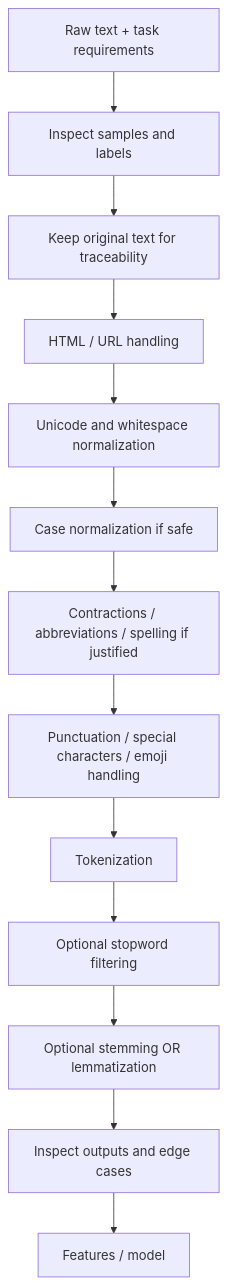
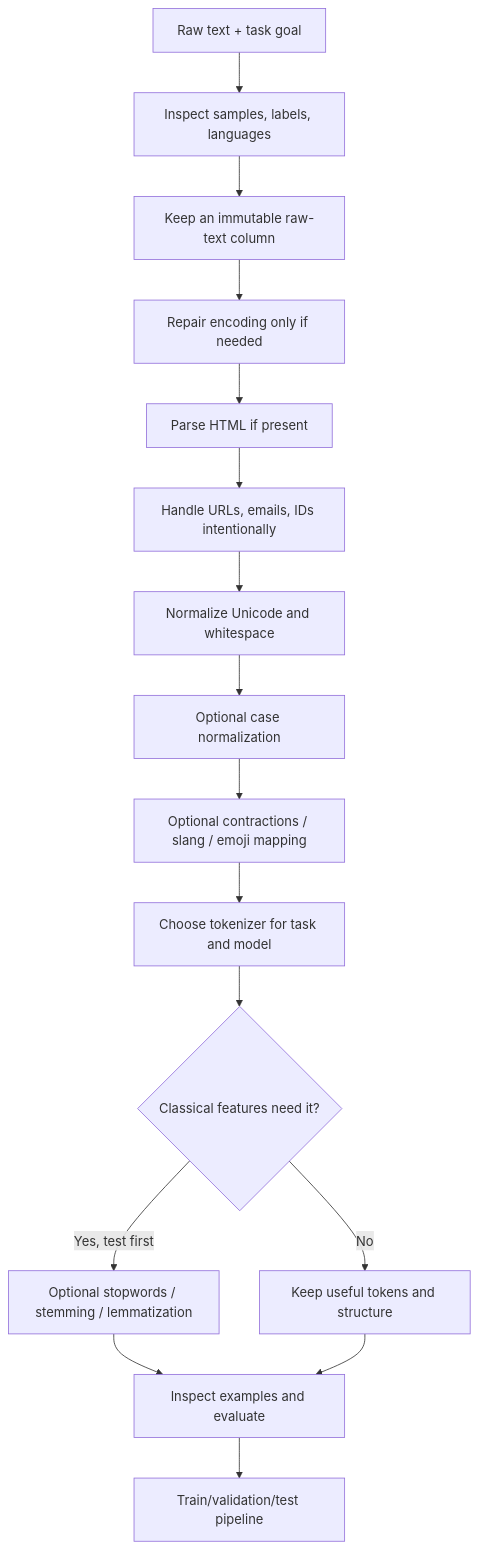
Before and after one commit to ADxSD-143/STUDY-docs: the diagram in NLP/01-text-preprocessing.md, drawn with Mermaid. The commit also changed other lines of this file, not shown here.

Commit message:
Improve text preprocessing module with proper Python NLP libraries and practical examples

````diff
--- a/NLP/01-text-preprocessing.md
+++ b/NLP/01-text-preprocessing.md
@@ -12,15 +68,18 @@
-~~~mermaid
+```mermaid
 flowchart TD
-    A[Raw text + task requirements] --> B[Inspect samples and labels]
-    B --> C[Keep original text for traceability]
-    C --> D[HTML / URL handling]
-    D --> E[Unicode and whitespace normalization]
-    E --> F[Case normalization if safe]
-    F --> G[Contractions / abbreviations / spelling if justified]
-    G --> H[Punctuation / special characters / emoji handling]
-    H --> I[Tokenization]
-    I --> J[Optional stopword filtering]
-    J --> K[Optional stemming OR lemmatization]
-    K --> L[Inspect outputs and edge cases]
-    L --> M[Features / model]
-~~~
+    A[Raw text + task goal] --> B[Inspect samples, labels, languages]
+    B --> C[Keep an immutable raw-text column]
+    C --> D[Repair encoding only if needed]
+    D --> E[Parse HTML if present]
+    E --> F[Handle URLs, emails, IDs intentionally]
+    F --> G[Normalize Unicode and whitespace]
+    G --> H[Optional case normalization]
+    H --> I[Optional contractions / slang / emoji mapping]
+    I --> J[Choose tokenizer for task and model]
+    J --> K{Classical features need it?}
+    K -- Yes, test first --> L[Optional stopwords / stemming / lemmatization]
+    K -- No --> M[Keep useful tokens and structure]
+    L --> N[Inspect examples and evaluate]
+    M --> N
+    N --> O[Train/validation/test pipeline]
+```
````
